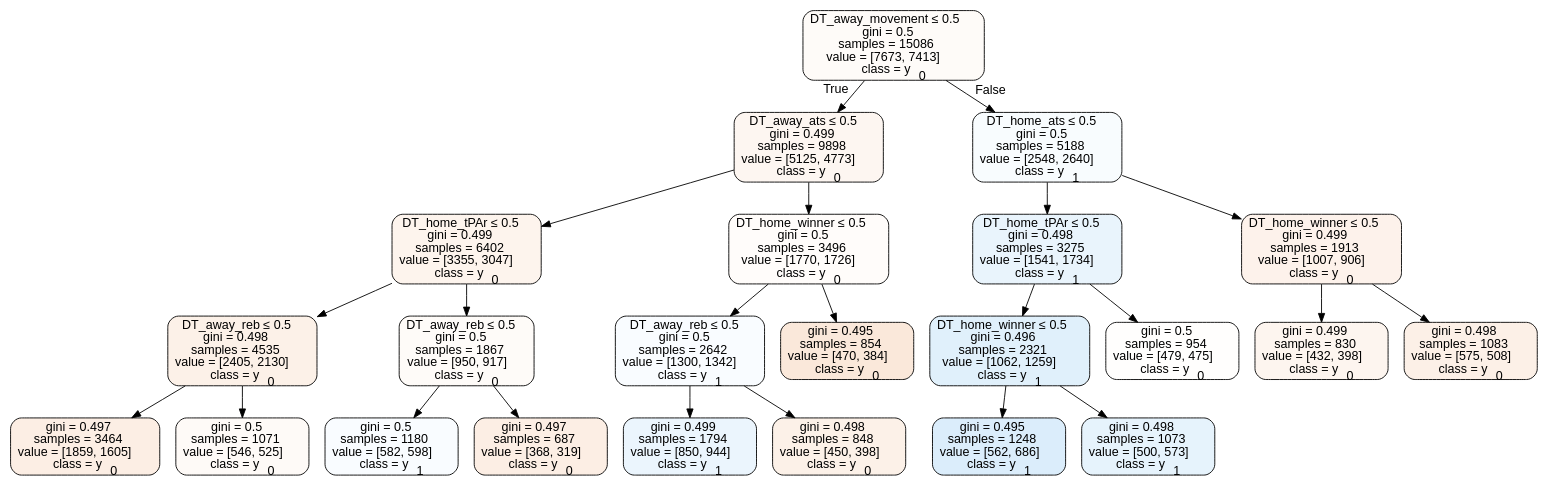
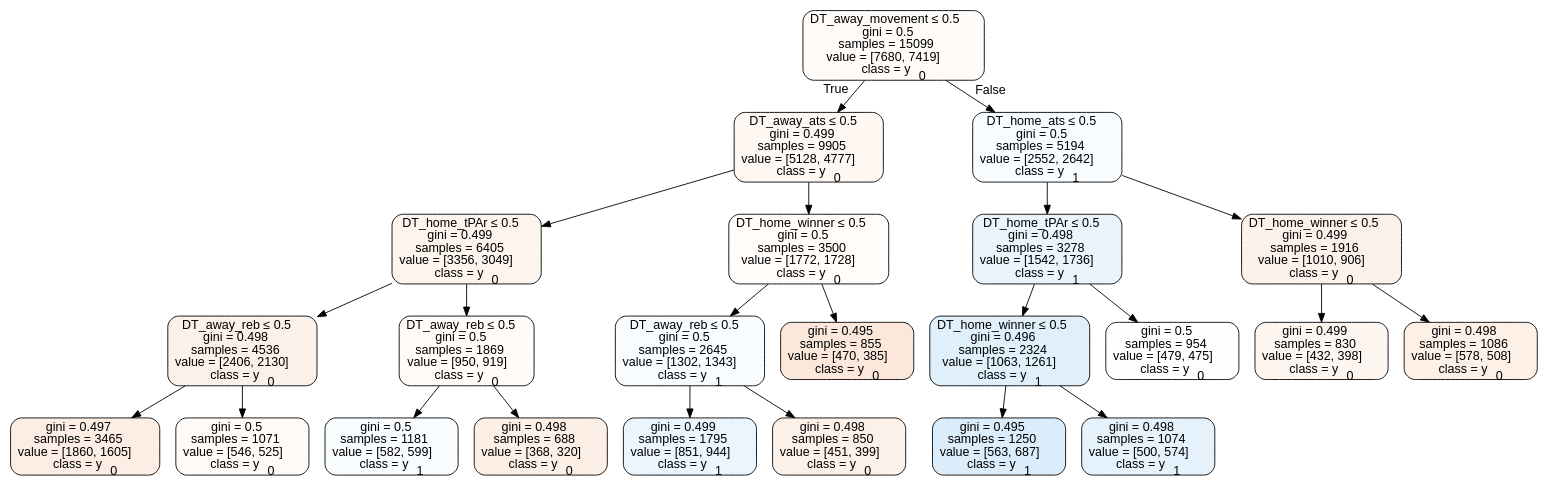
The diagram in Basketball/data/trees/tree2016home.dot (usbogie/ncaa-bets), drawn with Graphviz before and after one commit. The commit also changed 9 other files, not shown here.

```diff
--- a/Basketball/data/trees/tree2016home.dot
+++ b/Basketball/data/trees/tree2016home.dot
@@ -1,49 +1,49 @@
 digraph Tree {
 node [shape=box, style="filled, rounded", color="black", fontname=helvetica] ;
 edge [fontname=helvetica] ;
-0 [label=<DT_away_movement &le; 0.5<br/>gini = 0.5<br/>samples = 15086<br/>value = [7673, 7413]<br/>class = y<SUB>0</SUB>>, fillcolor="#e5813909"] ;
-1 [label=<DT_away_ats &le; 0.5<br/>gini = 0.499<br/>samples = 9898<br/>value = [5125, 4773]<br/>class = y<SUB>0</SUB>>, fillcolor="#e5813912"] ;
+0 [label=<DT_away_movement &le; 0.5<br/>gini = 0.5<br/>samples = 15099<br/>value = [7680, 7419]<br/>class = y<SUB>0</SUB>>, fillcolor="#e5813909"] ;
+1 [label=<DT_away_ats &le; 0.5<br/>gini = 0.499<br/>samples = 9905<br/>value = [5128, 4777]<br/>class = y<SUB>0</SUB>>, fillcolor="#e5813911"] ;
 0 -> 1 [labeldistance=2.5, labelangle=45, headlabel="True"] ;
-2 [label=<DT_home_tPAr &le; 0.5<br/>gini = 0.499<br/>samples = 6402<br/>value = [3355, 3047]<br/>class = y<SUB>0</SUB>>, fillcolor="#e5813917"] ;
+2 [label=<DT_home_tPAr &le; 0.5<br/>gini = 0.499<br/>samples = 6405<br/>value = [3356, 3049]<br/>class = y<SUB>0</SUB>>, fillcolor="#e5813917"] ;
 1 -> 2 ;
-3 [label=<DT_away_reb &le; 0.5<br/>gini = 0.498<br/>samples = 4535<br/>value = [2405, 2130]<br/>class = y<SUB>0</SUB>>, fillcolor="#e581391d"] ;
+3 [label=<DT_away_reb &le; 0.5<br/>gini = 0.498<br/>samples = 4536<br/>value = [2406, 2130]<br/>class = y<SUB>0</SUB>>, fillcolor="#e581391d"] ;
 2 -> 3 ;
-4 [label=<gini = 0.497<br/>samples = 3464<br/>value = [1859, 1605]<br/>class = y<SUB>0</SUB>>, fillcolor="#e5813923"] ;
+4 [label=<gini = 0.497<br/>samples = 3465<br/>value = [1860, 1605]<br/>class = y<SUB>0</SUB>>, fillcolor="#e5813923"] ;
 3 -> 4 ;
 5 [label=<gini = 0.5<br/>samples = 1071<br/>value = [546, 525]<br/>class = y<SUB>0</SUB>>, fillcolor="#e581390a"] ;
 3 -> 5 ;
-6 [label=<DT_away_reb &le; 0.5<br/>gini = 0.5<br/>samples = 1867<br/>value = [950, 917]<br/>class = y<SUB>0</SUB>>, fillcolor="#e5813909"] ;
+6 [label=<DT_away_reb &le; 0.5<br/>gini = 0.5<br/>samples = 1869<br/>value = [950, 919]<br/>class = y<SUB>0</SUB>>, fillcolor="#e5813908"] ;
 2 -> 6 ;
-7 [label=<gini = 0.5<br/>samples = 1180<br/>value = [582, 598]<br/>class = y<SUB>1</SUB>>, fillcolor="#399de507"] ;
+7 [label=<gini = 0.5<br/>samples = 1181<br/>value = [582, 599]<br/>class = y<SUB>1</SUB>>, fillcolor="#399de507"] ;
 6 -> 7 ;
-8 [label=<gini = 0.497<br/>samples = 687<br/>value = [368, 319]<br/>class = y<SUB>0</SUB>>, fillcolor="#e5813922"] ;
+8 [label=<gini = 0.498<br/>samples = 688<br/>value = [368, 320]<br/>class = y<SUB>0</SUB>>, fillcolor="#e5813921"] ;
 6 -> 8 ;
-9 [label=<DT_home_winner &le; 0.5<br/>gini = 0.5<br/>samples = 3496<br/>value = [1770, 1726]<br/>class = y<SUB>0</SUB>>, fillcolor="#e5813906"] ;
+9 [label=<DT_home_winner &le; 0.5<br/>gini = 0.5<br/>samples = 3500<br/>value = [1772, 1728]<br/>class = y<SUB>0</SUB>>, fillcolor="#e5813906"] ;
 1 -> 9 ;
-10 [label=<DT_away_reb &le; 0.5<br/>gini = 0.5<br/>samples = 2642<br/>value = [1300, 1342]<br/>class = y<SUB>1</SUB>>, fillcolor="#399de508"] ;
+10 [label=<DT_away_reb &le; 0.5<br/>gini = 0.5<br/>samples = 2645<br/>value = [1302, 1343]<br/>class = y<SUB>1</SUB>>, fillcolor="#399de508"] ;
 9 -> 10 ;
-11 [label=<gini = 0.499<br/>samples = 1794<br/>value = [850, 944]<br/>class = y<SUB>1</SUB>>, fillcolor="#399de519"] ;
+11 [label=<gini = 0.499<br/>samples = 1795<br/>value = [851, 944]<br/>class = y<SUB>1</SUB>>, fillcolor="#399de519"] ;
 10 -> 11 ;
-12 [label=<gini = 0.498<br/>samples = 848<br/>value = [450, 398]<br/>class = y<SUB>0</SUB>>, fillcolor="#e581391d"] ;
+12 [label=<gini = 0.498<br/>samples = 850<br/>value = [451, 399]<br/>class = y<SUB>0</SUB>>, fillcolor="#e581391d"] ;
 10 -> 12 ;
-13 [label=<gini = 0.495<br/>samples = 854<br/>value = [470, 384]<br/>class = y<SUB>0</SUB>>, fillcolor="#e581392f"] ;
+13 [label=<gini = 0.495<br/>samples = 855<br/>value = [470, 385]<br/>class = y<SUB>0</SUB>>, fillcolor="#e581392e"] ;
 9 -> 13 ;
-14 [label=<DT_home_ats &le; 0.5<br/>gini = 0.5<br/>samples = 5188<br/>value = [2548, 2640]<br/>class = y<SUB>1</SUB>>, fillcolor="#399de509"] ;
+14 [label=<DT_home_ats &le; 0.5<br/>gini = 0.5<br/>samples = 5194<br/>value = [2552, 2642]<br/>class = y<SUB>1</SUB>>, fillcolor="#399de509"] ;
 0 -> 14 [labeldistance=2.5, labelangle=-45, headlabel="False"] ;
-15 [label=<DT_home_tPAr &le; 0.5<br/>gini = 0.498<br/>samples = 3275<br/>value = [1541, 1734]<br/>class = y<SUB>1</SUB>>, fillcolor="#399de51c"] ;
+15 [label=<DT_home_tPAr &le; 0.5<br/>gini = 0.498<br/>samples = 3278<br/>value = [1542, 1736]<br/>class = y<SUB>1</SUB>>, fillcolor="#399de51c"] ;
 14 -> 15 ;
-16 [label=<DT_home_winner &le; 0.5<br/>gini = 0.496<br/>samples = 2321<br/>value = [1062, 1259]<br/>class = y<SUB>1</SUB>>, fillcolor="#399de528"] ;
+16 [label=<DT_home_winner &le; 0.5<br/>gini = 0.496<br/>samples = 2324<br/>value = [1063, 1261]<br/>class = y<SUB>1</SUB>>, fillcolor="#399de528"] ;
 15 -> 16 ;
-17 [label=<gini = 0.495<br/>samples = 1248<br/>value = [562, 686]<br/>class = y<SUB>1</SUB>>, fillcolor="#399de52e"] ;
+17 [label=<gini = 0.495<br/>samples = 1250<br/>value = [563, 687]<br/>class = y<SUB>1</SUB>>, fillcolor="#399de52e"] ;
 16 -> 17 ;
-18 [label=<gini = 0.498<br/>samples = 1073<br/>value = [500, 573]<br/>class = y<SUB>1</SUB>>, fillcolor="#399de520"] ;
+18 [label=<gini = 0.498<br/>samples = 1074<br/>value = [500, 574]<br/>class = y<SUB>1</SUB>>, fillcolor="#399de521"] ;
 16 -> 18 ;
 19 [label=<gini = 0.5<br/>samples = 954<br/>value = [479, 475]<br/>class = y<SUB>0</SUB>>, fillcolor="#e5813902"] ;
 15 -> 19 ;
-20 [label=<DT_home_winner &le; 0.5<br/>gini = 0.499<br/>samples = 1913<br/>value = [1007, 906]<br/>class = y<SUB>0</SUB>>, fillcolor="#e581391a"] ;
+20 [label=<DT_home_winner &le; 0.5<br/>gini = 0.499<br/>samples = 1916<br/>value = [1010, 906]<br/>class = y<SUB>0</SUB>>, fillcolor="#e581391a"] ;
 14 -> 20 ;
 21 [label=<gini = 0.499<br/>samples = 830<br/>value = [432, 398]<br/>class = y<SUB>0</SUB>>, fillcolor="#e5813914"] ;
 20 -> 21 ;
-22 [label=<gini = 0.498<br/>samples = 1083<br/>value = [575, 508]<br/>class = y<SUB>0</SUB>>, fillcolor="#e581391e"] ;
+22 [label=<gini = 0.498<br/>samples = 1086<br/>value = [578, 508]<br/>class = y<SUB>0</SUB>>, fillcolor="#e581391f"] ;
 20 -> 22 ;
 }
```
